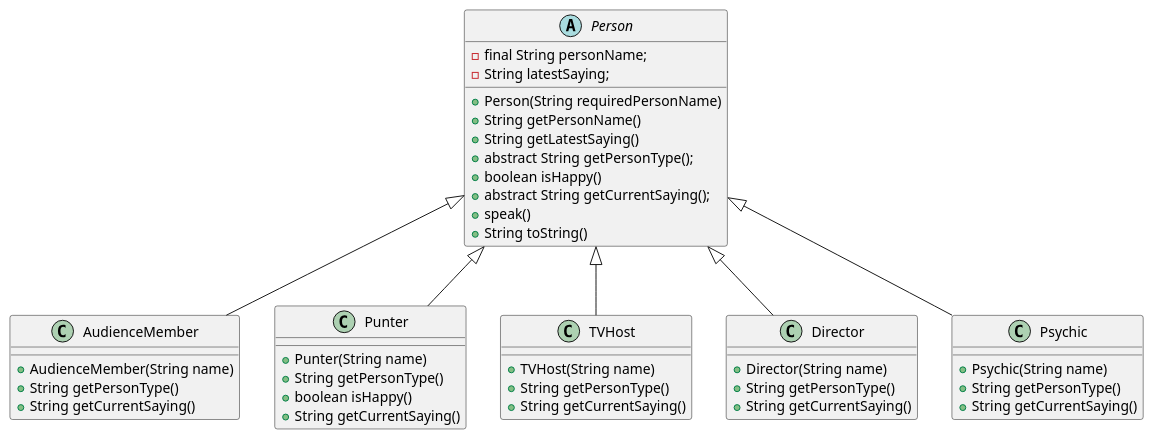
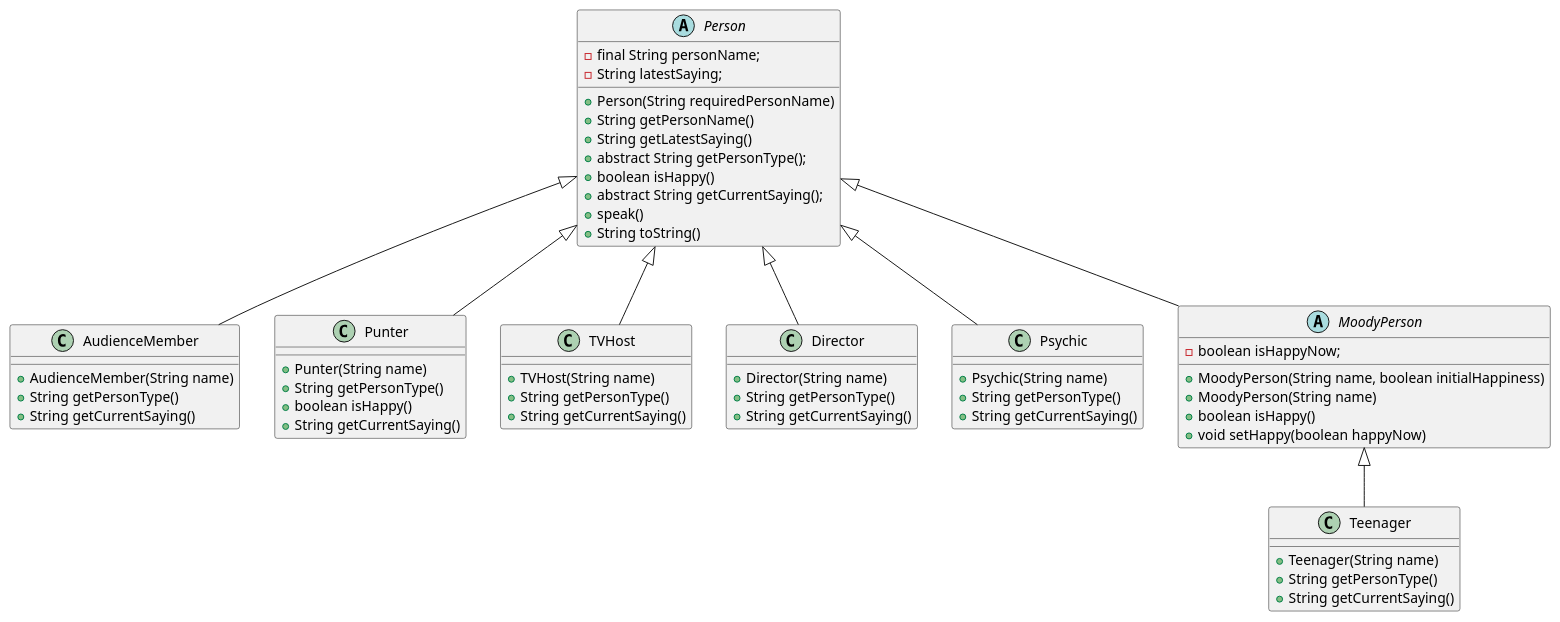
The diagram in NationalLottery/src/NationalLottery.puml (AdrChm/JJIT), drawn with PlantUML before and after one commit.

Commit message:
16.8.2 National game UML - MoodyPerson, Teenager class

```diff
--- a/NationalLottery/src/NationalLottery.puml
+++ b/NationalLottery/src/NationalLottery.puml
@@ -1,52 +1,67 @@
 @startuml
 abstract class Person
 {
     - final String personName;
     - String latestSaying;
     + Person(String requiredPersonName)
     + String getPersonName()
     + String getLatestSaying()
     + abstract String getPersonType();
     + boolean isHappy()
     + abstract String getCurrentSaying();
     + speak()
     + String toString()
 }
 
 class AudienceMember extends Person
 {
     + AudienceMember(String name)
     + String getPersonType()
     + String getCurrentSaying()
 }
 
 class Punter extends Person
 {
     + Punter(String name)
     + String getPersonType()
     + boolean isHappy()
     + String getCurrentSaying()
 }
 
 class TVHost extends Person
 {
     + TVHost(String name)
     + String getPersonType()
     + String getCurrentSaying()
 }
 
 class Director extends Person
 {
     + Director(String name)
     + String getPersonType()
     + String getCurrentSaying()
 }
 
 class Psychic extends Person
 {
     + Psychic(String name)
     + String getPersonType()
     + String getCurrentSaying()
 }
 
+abstract class MoodyPerson extends Person
+{
+    - boolean isHappyNow;
+    + MoodyPerson(String name, boolean initialHappiness)
+    + MoodyPerson(String name)
+    + boolean isHappy()
+    + void setHappy(boolean happyNow)
+}
+
+class Teenager extends MoodyPerson
+{
+    + Teenager(String name)
+    + String getPersonType()
+    + String getCurrentSaying()
+}
 @enduml
```
